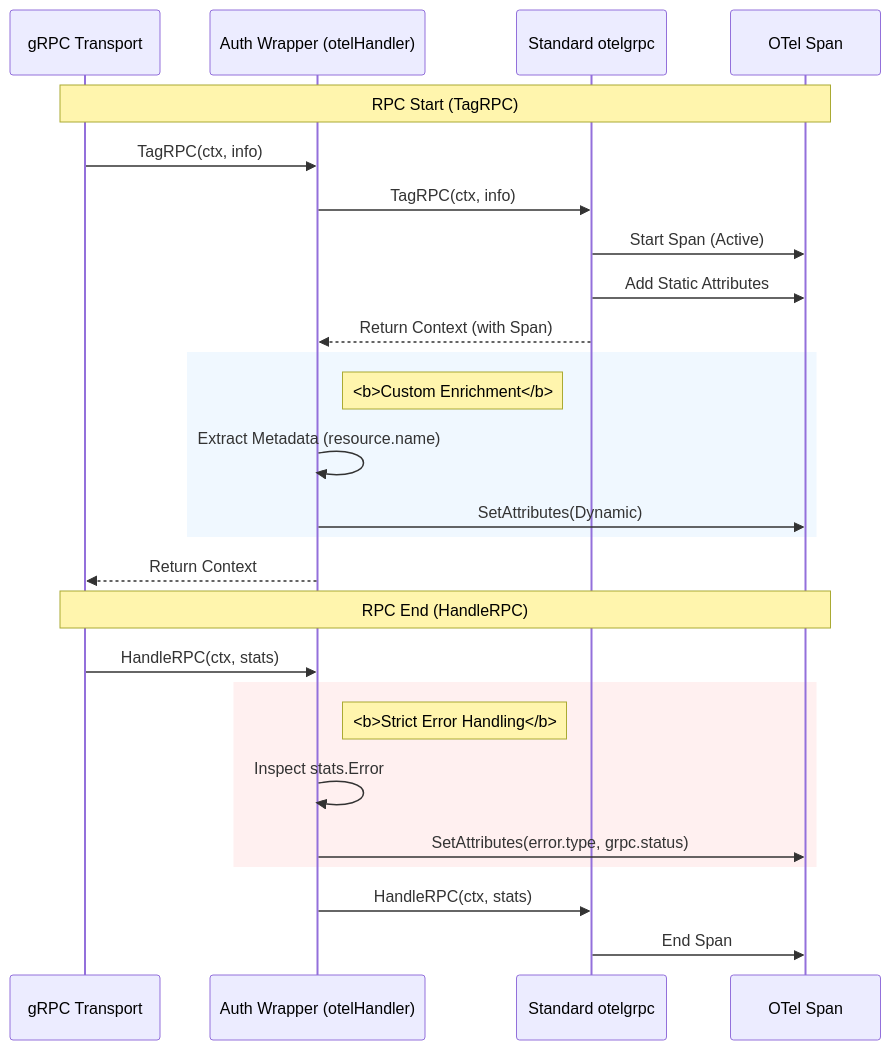
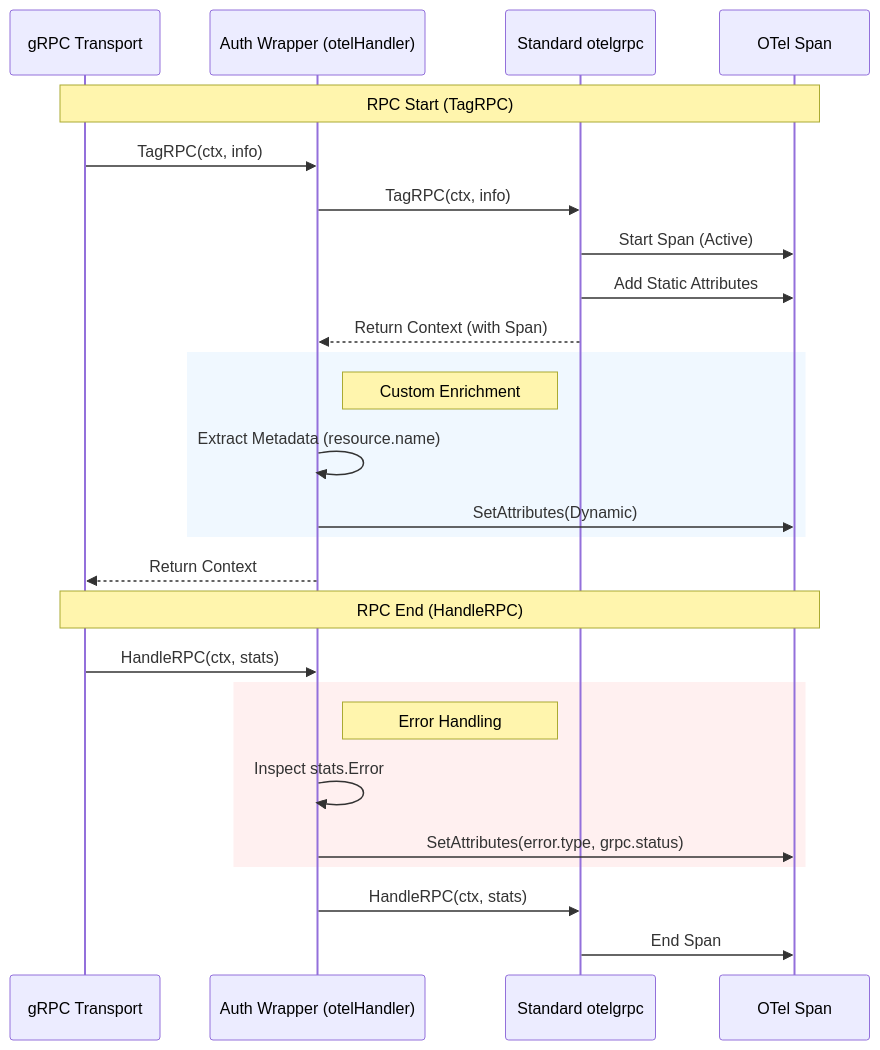
The third of 4 diagrams in auth/go-otel-tracing-design.md (quartzmo/google-cloud-go), drawn with Mermaid before and after one commit. The commit also changed other lines of this file, not shown here.

````diff
--- a/auth/go-otel-tracing-design.md
+++ b/auth/go-otel-tracing-design.md
@@ -97,34 +97,34 @@
 ```mermaid
 sequenceDiagram
     participant Transport as gRPC Transport
     participant Wrapper as Auth Wrapper (otelHandler)
     participant OTelGRPC as Standard otelgrpc
     participant Span as OTel Span
 
     Note over Transport, Span: RPC Start (TagRPC)
     Transport->>Wrapper: TagRPC(ctx, info)
     Wrapper->>OTelGRPC: TagRPC(ctx, info)
     OTelGRPC->>Span: Start Span (Active)
     OTelGRPC->>Span: Add Static Attributes
     OTelGRPC-->>Wrapper: Return Context (with Span)
     
     rect rgb(240, 248, 255)
-    Note right of Wrapper: <b>Custom Enrichment</b>
+    Note right of Wrapper: Custom Enrichment
     Wrapper->>Wrapper: Extract Metadata (resource.name)
     Wrapper->>Span: SetAttributes(Dynamic)
     end
     
     Wrapper-->>Transport: Return Context
 
     Note over Transport, Span: RPC End (HandleRPC)
     Transport->>Wrapper: HandleRPC(ctx, stats)
     
     rect rgb(255, 240, 240)
-    Note right of Wrapper: <b>Strict Error Handling</b>
+    Note right of Wrapper: Error Handling
     Wrapper->>Wrapper: Inspect stats.Error
     Wrapper->>Span: SetAttributes(error.type, grpc.status)
     end
 
     Wrapper->>OTelGRPC: HandleRPC(ctx, stats)
     OTelGRPC->>Span: End Span
 ```
````
